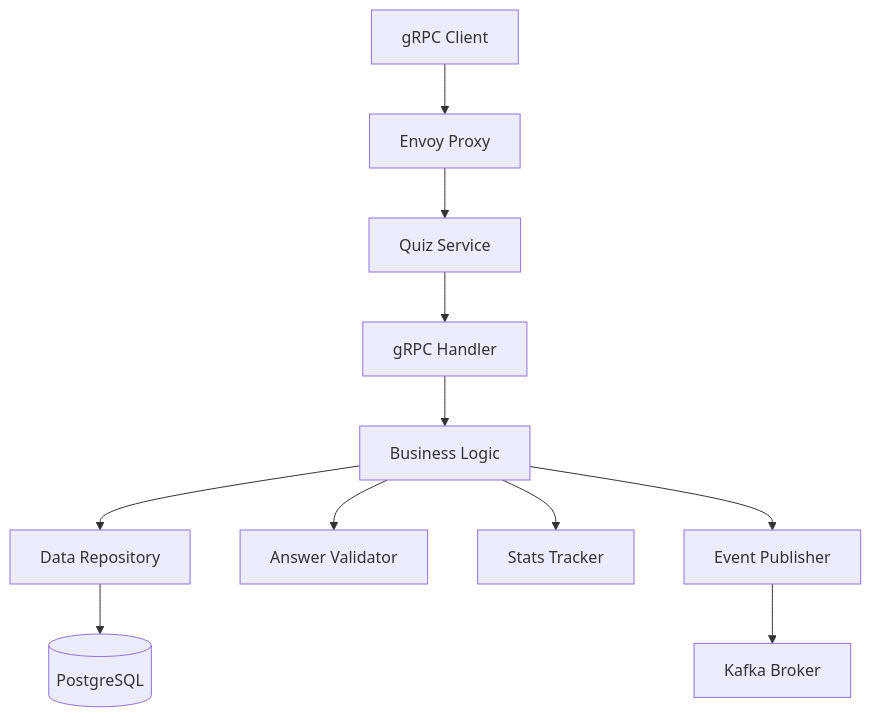
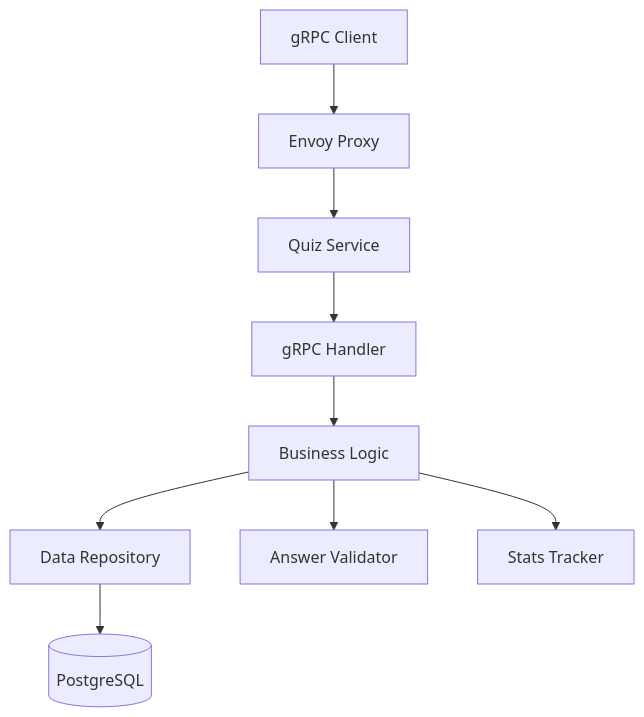
The diagram in .kiro/specs/quiz-backend-service/design.md (vanillaturtlechips/pawfiler4), drawn with Mermaid before and after one commit. The commit also changed other lines of this file and 3 other files, not shown here.

````diff
--- a/.kiro/specs/quiz-backend-service/design.md
+++ b/.kiro/specs/quiz-backend-service/design.md
@@ -27,13 +25,11 @@
 ```mermaid
 graph TB
     Client[gRPC Client] --> Envoy[Envoy Proxy]
     Envoy --> QuizService[Quiz Service]
     QuizService --> Handler[gRPC Handler]
     Handler --> Service[Business Logic]
     Service --> Repository[Data Repository]
     Service --> Validator[Answer Validator]
     Service --> StatsTracker[Stats Tracker]
-    Service --> EventPublisher[Event Publisher]
     Repository --> PostgreSQL[(PostgreSQL)]
-    EventPublisher --> Kafka[Kafka Broker]
 ```
````
